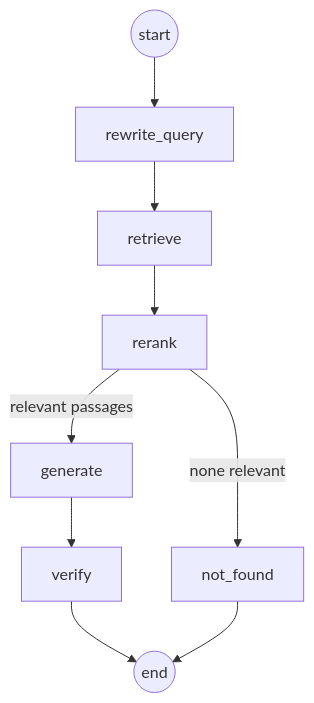
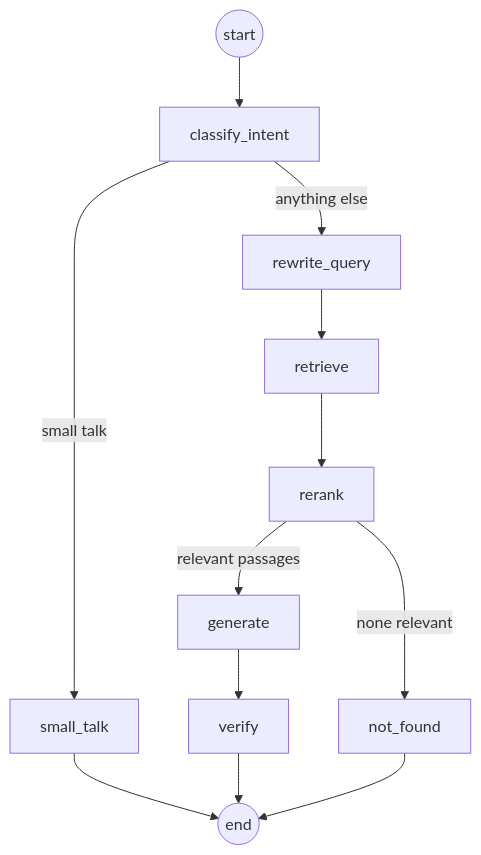
Before and after one commit to rozi-bb/privy: the second of 2 diagrams in docs/architecture.md, drawn with Mermaid. The commit also changed other lines of this file and 9 other files, not shown here.

````diff
--- a/docs/architecture.md
+++ b/docs/architecture.md
@@ -38,11 +40,14 @@
 ```mermaid
 flowchart TD
-    START((start)) --> RW["rewrite_query"]
+    START((start)) --> CI["classify_intent"]
+    CI -->|small talk| ST["small_talk"]
+    CI -->|anything else| RW["rewrite_query"]
+    ST --> END
     RW --> RET["retrieve"]
     RET --> RR["rerank"]
     RR -->|relevant passages| GEN["generate"]
     RR -->|none relevant| NF["not_found"]
     GEN --> VER["verify"]
     VER --> END((end))
     NF --> END
 ```
````
